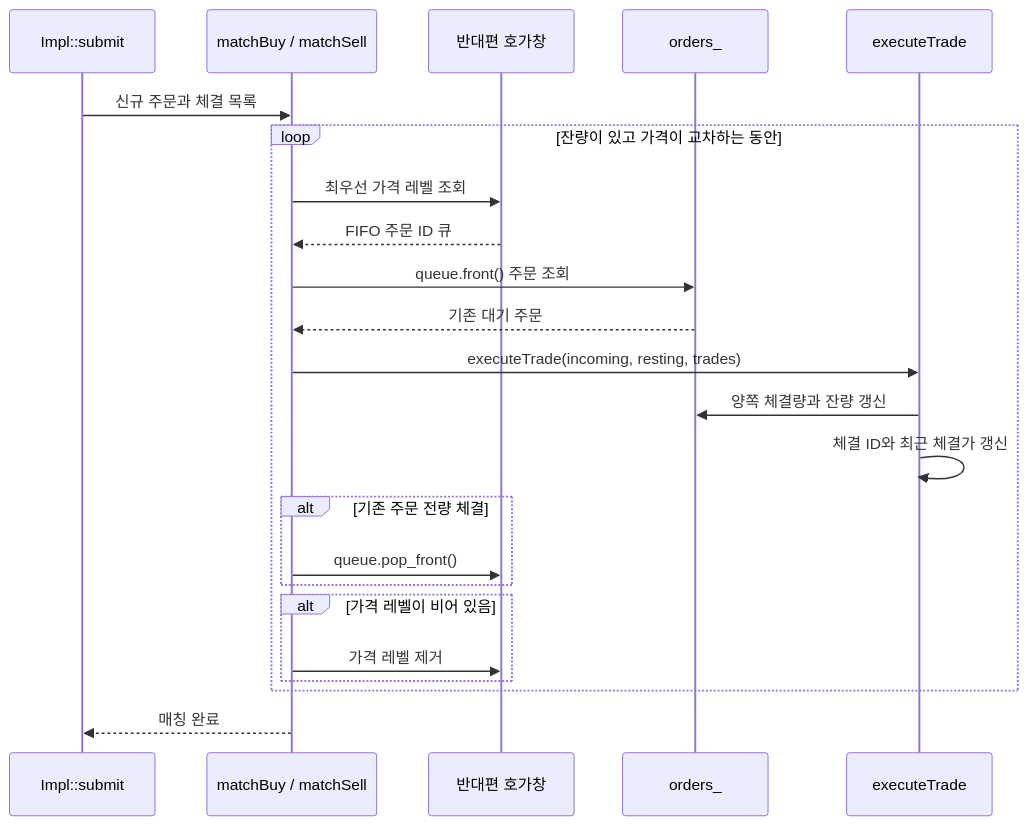
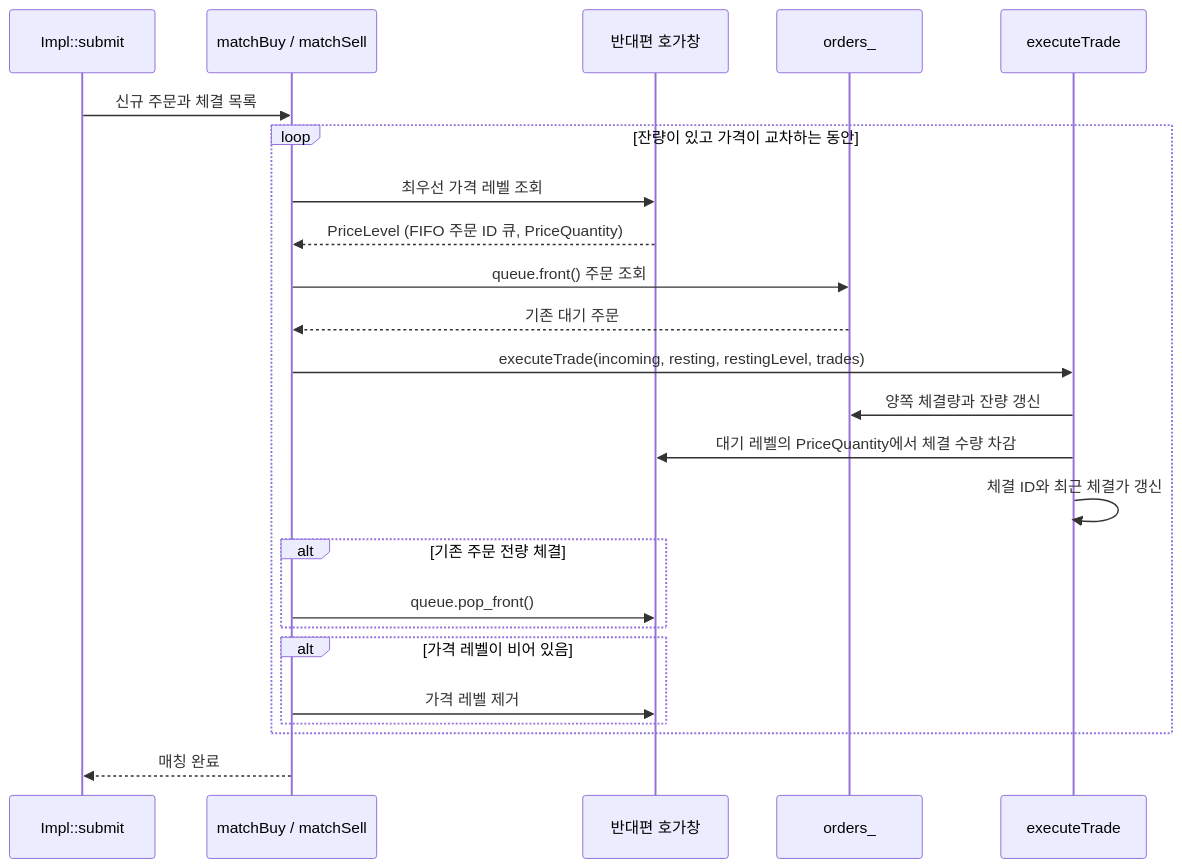
Before and after one commit to capstone-hamburger/stock-matching-engine: the second of 5 diagrams in docs/matching-engine-architecture.md, drawn with Mermaid. The commit also changed other lines of this file and 3 other files, not shown here.

````diff
--- a/docs/matching-engine-architecture.md
+++ b/docs/matching-engine-architecture.md
@@ -206,29 +205,30 @@
 ```mermaid
 sequenceDiagram
     participant Submit as Impl::submit
     participant Match as matchBuy / matchSell
     participant Book as 반대편 호가창
     participant Orders as orders_
     participant Trade as executeTrade
 
     Submit->>Match: 신규 주문과 체결 목록
 
     loop 잔량이 있고 가격이 교차하는 동안
         Match->>Book: 최우선 가격 레벨 조회
-        Book-->>Match: FIFO 주문 ID 큐
+        Book-->>Match: PriceLevel (FIFO 주문 ID 큐, PriceQuantity)
         Match->>Orders: queue.front() 주문 조회
         Orders-->>Match: 기존 대기 주문
-        Match->>Trade: executeTrade(incoming, resting, trades)
+        Match->>Trade: executeTrade(incoming, resting, restingLevel, trades)
         Trade->>Orders: 양쪽 체결량과 잔량 갱신
+        Trade->>Book: 대기 레벨의 PriceQuantity에서 체결 수량 차감
         Trade->>Trade: 체결 ID와 최근 체결가 갱신
 
         alt 기존 주문 전량 체결
             Match->>Book: queue.pop_front()
         end
         alt 가격 레벨이 비어 있음
             Match->>Book: 가격 레벨 제거
         end
     end
 
     Match-->>Submit: 매칭 완료
 ```
````
